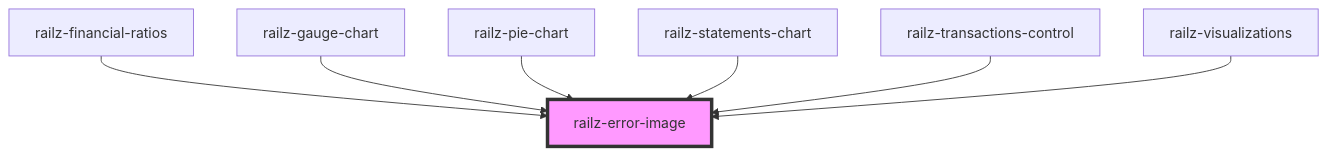
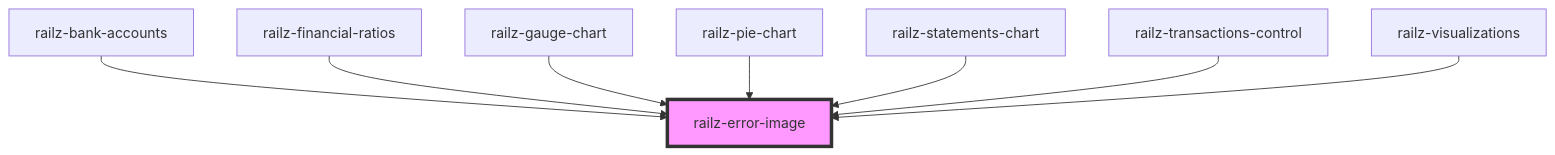
One commit to railz-ai/railz-visualizations changed the diagram in packages/components/src/elements/error/readme.md. Above: the diagram before and after it, drawn with Mermaid. The commit also changed other lines of this file and 15 other files, not shown here.

Commit message:
chore: continue on Bank Accounts

````diff
--- a/packages/components/src/elements/error/readme.md
+++ b/packages/components/src/elements/error/readme.md
@@ -29,10 +30,11 @@
 ```mermaid
 graph TD;
+  railz-bank-accounts --> railz-error-image
   railz-financial-ratios --> railz-error-image
   railz-gauge-chart --> railz-error-image
   railz-pie-chart --> railz-error-image
   railz-statements-chart --> railz-error-image
   railz-transactions-control --> railz-error-image
   railz-visualizations --> railz-error-image
   style railz-error-image fill:#f9f,stroke:#333,stroke-width:4px
 ```
````
